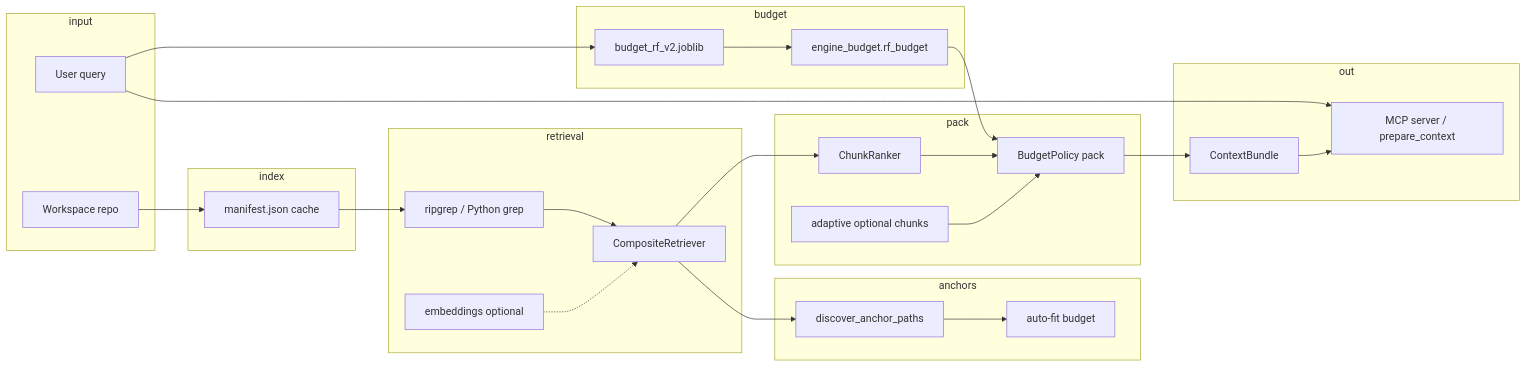
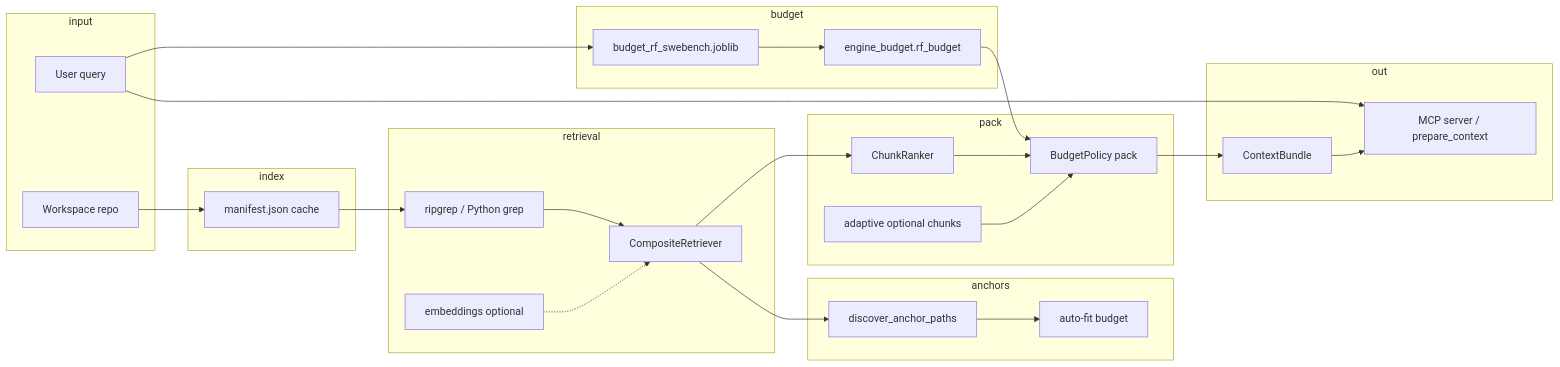
Before and after one commit to aidandaniel/context-eng-project: the diagram in README.md, drawn with Mermaid. The commit also changed other lines of this file and 27 other files, not shown here.

````diff
--- a/README.md
+++ b/README.md
@@ -7,47 +11,47 @@
 ```mermaid
 flowchart LR
     subgraph input
       Q[User query]
       WS[Workspace repo]
     end
     subgraph index
       M[manifest.json cache]
     end
     subgraph retrieval
       RG[ripgrep / Python grep]
       EM[embeddings optional]
       CR[CompositeRetriever]
     end
     subgraph anchors
       DI[discover_anchor_paths]
       AF[auto-fit budget]
     end
     subgraph budget
-      RF[budget_rf_v2.joblib]
+      RF[budget_rf_swebench.joblib]
       EB[engine_budget.rf_budget]
     end
     subgraph pack
       RK[ChunkRanker]
       BP[BudgetPolicy pack]
       AD[adaptive optional chunks]
     end
     subgraph out
       B[ContextBundle]
       MCP[MCP server / prepare_context]
     end
     Q --> MCP
     WS --> M
     M --> RG
     RG --> CR
     EM -.-> CR
     CR --> DI
     Q --> RF
     RF --> EB
     DI --> AF
     EB --> BP
     CR --> RK
     RK --> BP
     AD --> BP
     BP --> B
     B --> MCP
 ```
````
